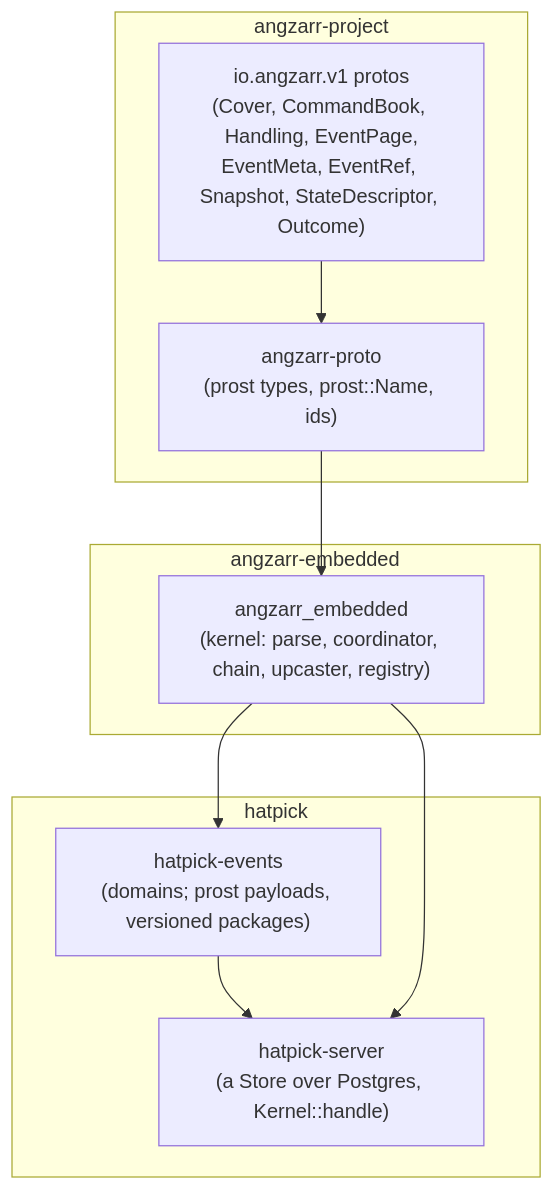
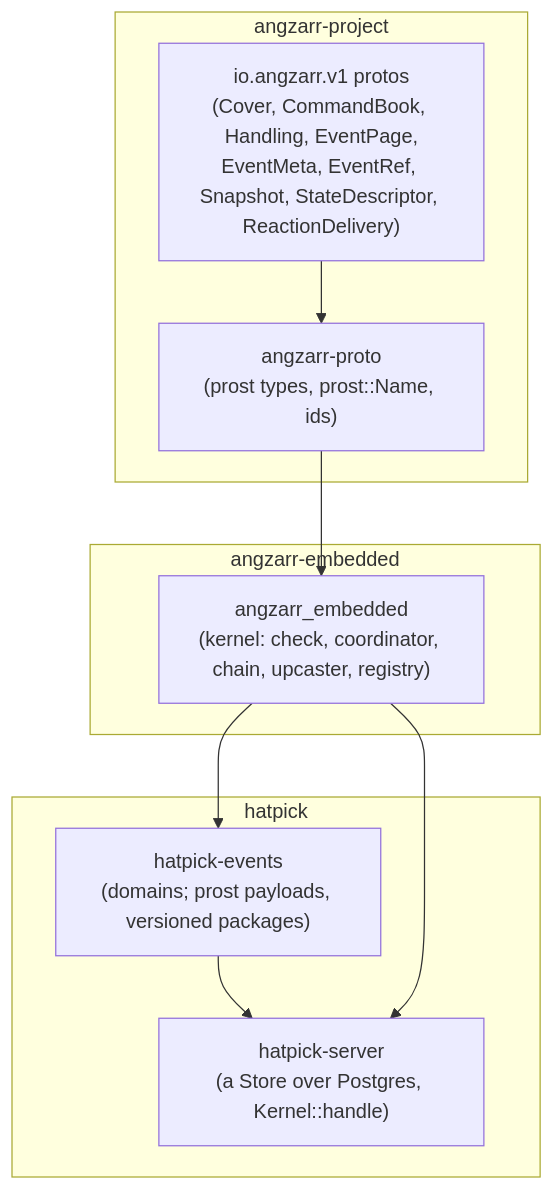
One commit to angzarr-io/angzarr-embedded changed the diagram in docs/design/audit.md. Above: the diagram before and after it, drawn with Mermaid. The commit also changed other lines of this file and 139 other files, not shown here.

````diff
--- a/docs/design/audit.md
+++ b/docs/design/audit.md
@@ -52,19 +55,19 @@
 ```mermaid
 flowchart TB
   subgraph angzarr-project
-    P["io.angzarr.v1 protos<br/>(Cover, CommandBook, Handling, EventPage,<br/>EventMeta, EventRef, Snapshot, StateDescriptor, Outcome)"]
+    P["io.angzarr.v1 protos<br/>(Cover, CommandBook, Handling, EventPage,<br/>EventMeta, EventRef, Snapshot, StateDescriptor, ReactionDelivery)"]
     AP["angzarr-proto<br/>(prost types, prost::Name, ids)"]
     P --> AP
   end
   subgraph angzarr-embedded
-    K["angzarr_embedded<br/>(kernel: parse, coordinator, chain, upcaster, registry)"]
+    K["angzarr_embedded<br/>(kernel: check, coordinator, chain, upcaster, registry)"]
   end
   AP --> K
   subgraph hatpick
     E["hatpick-events<br/>(domains; prost payloads, versioned packages)"]
     S["hatpick-server<br/>(a Store over Postgres, Kernel::handle)"]
     E --> S
   end
   K --> E
   K --> S
 ```
````
